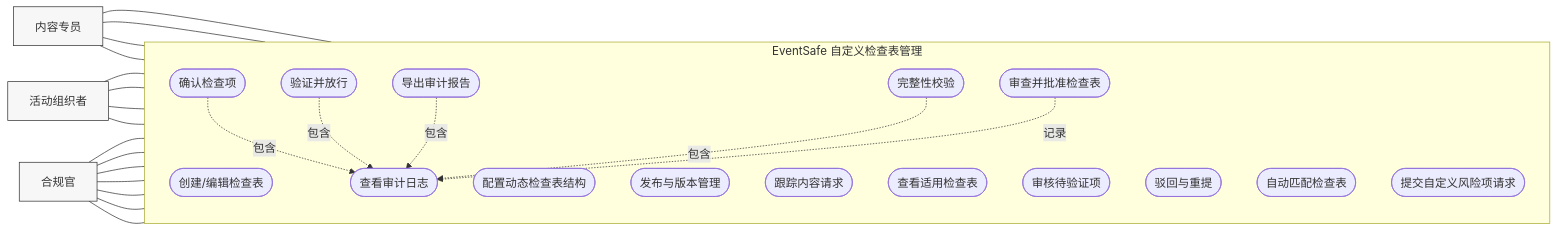
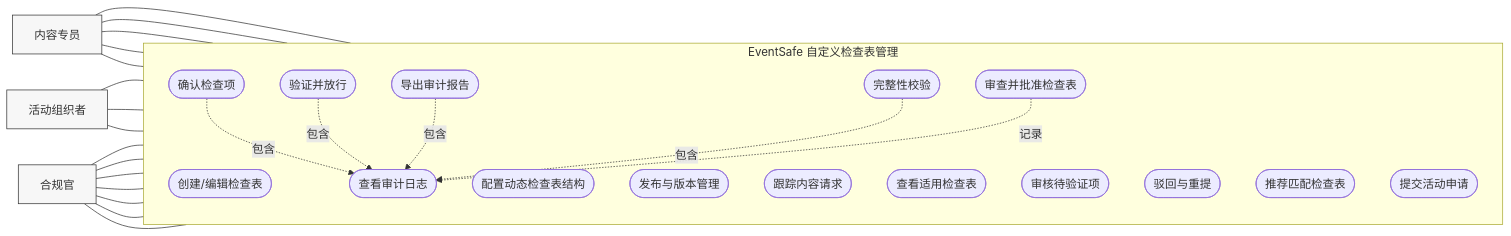
Before and after one commit to melvinchia3636/sd-ga-assets: the diagram in use-case.mmd, drawn with Mermaid. The commit also changed 3 other files, not shown here.

Commit message:
Update flow: event application and content team assignment

```diff
--- a/use-case.mmd
+++ b/use-case.mmd
@@ -1,48 +1,48 @@
 flowchart LR
   CS["内容专员"]
   CO["合规官"]
   EO["活动组织者"]
 
   subgraph SYS["EventSafe 自定义检查表管理"]
     direction TB
     UC1(["创建/编辑检查表"])
     UC2(["配置动态检查表结构"])
     UC3(["发布与版本管理"])
     UC4(["跟踪内容请求"])
     UC5(["查看适用检查表"])
     UC6(["确认检查项"])
     UC7(["审核待验证项"])
     UC8(["验证并放行"])
     UC9(["驳回与重提"])
     UC10(["查看审计日志"])
     UC11(["导出审计报告"])
     UC12(["完整性校验"])
     UC13(["审查并批准检查表"])
-    UC14(["自动匹配检查表"])
-    UC15(["提交自定义风险项请求"])
+    UC14(["推荐匹配检查表"])
+    UC15(["提交活动申请"])
   end
 
   CS --- UC1
   CS --- UC2
   CS --- UC3
   CS --- UC4
   EO --- UC5
   EO --- UC6
-  EO --- UC14
+  CS --- UC14
   EO --- UC15
   CO --- UC7
   CO --- UC8
   CO --- UC9
   CO --- UC10
   CO --- UC11
   CO --- UC12
   CO --- UC13
 
   UC6 -.->|包含| UC10
   UC8 -.->|包含| UC10
   UC11 -.->|包含| UC10
   UC12 -.->|包含| UC10
   UC13 -.->|记录| UC10
 
   classDef actor fill:#f7f7f7,stroke:#333,stroke-width:1px
   class CS,CO,EO actor
```
